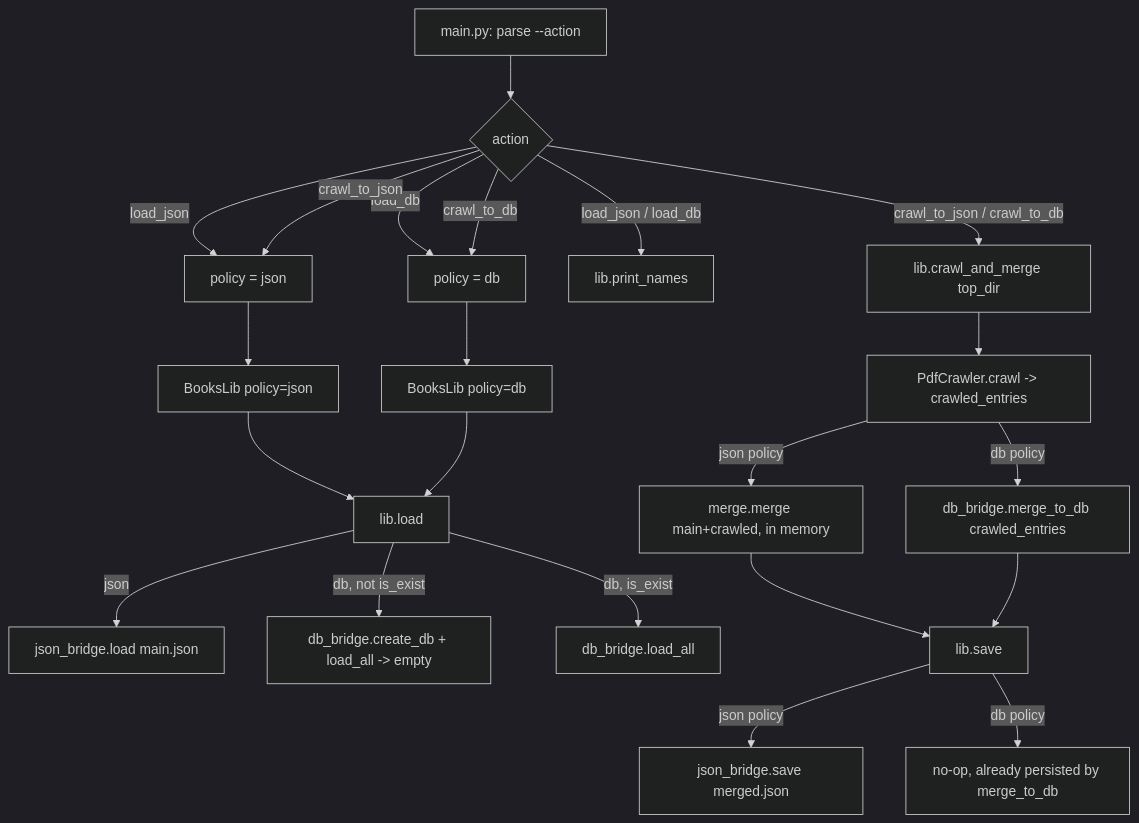
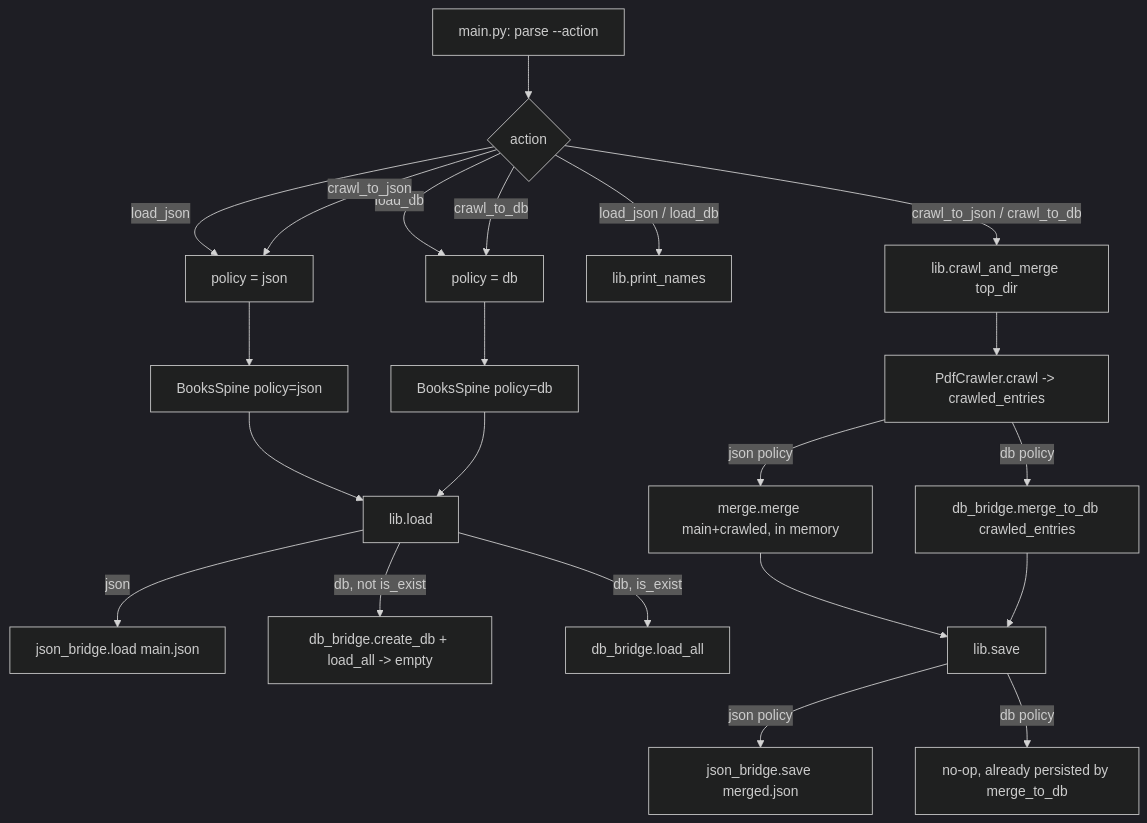
Before and after one commit to itd22/pdfmn: the second of 2 diagrams in doc/DIAGRAM.md, drawn with Mermaid (dark theme). The commit also changed other lines of this file and 29 other files, not shown here.

````diff
--- a/doc/DIAGRAM.md
+++ b/doc/DIAGRAM.md
@@ -112,31 +112,31 @@
 ```mermaid
 flowchart TD
     A[main.py: parse --action] --> B{action}
 
     B -->|load_json| C1[policy = json]
     B -->|load_db| C2[policy = db]
     B -->|crawl_to_json| C1
     B -->|crawl_to_db| C2
 
-    C1 --> D[BooksLib policy=json]
-    C2 --> E[BooksLib policy=db]
+    C1 --> D[BooksSpine policy=json]
+    C2 --> E[BooksSpine policy=db]
 
     D --> F[lib.load]
     E --> F
 
     F -->|json| F1[json_bridge.load main.json]
     F -->|db, not is_exist| F2[db_bridge.create_db + load_all -> empty]
     F -->|db, is_exist| F3[db_bridge.load_all]
 
     B -->|load_json / load_db| G[lib.print_names]
 
     B -->|crawl_to_json / crawl_to_db| H[lib.crawl_and_merge top_dir]
     H --> H1[PdfCrawler.crawl -> crawled_entries]
     H1 -->|json policy| H2[merge.merge main+crawled, in memory]
     H1 -->|db policy| H3[db_bridge.merge_to_db crawled_entries]
 
     H2 --> I[lib.save]
     H3 --> I
     I -->|json policy| I1[json_bridge.save merged.json]
     I -->|db policy| I2[no-op, already persisted by merge_to_db]
 ```
````
